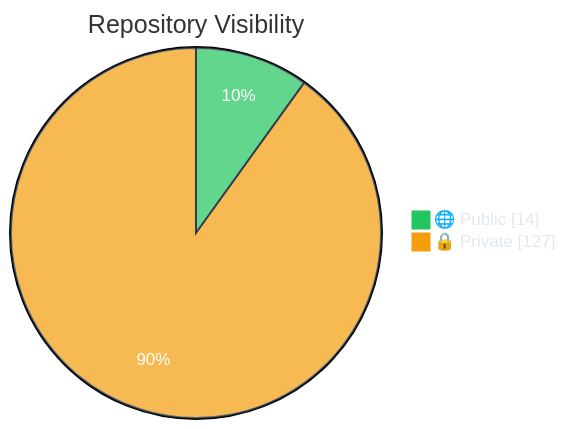
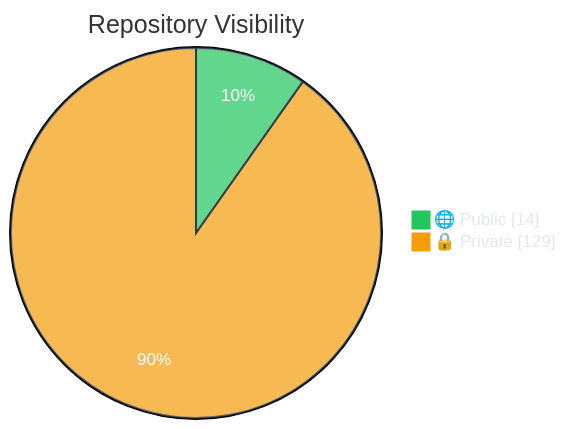
The first of 7 diagrams in README.md (polo-nyan/polo-nyan), drawn with Mermaid before and after one commit. The commit also changed other lines of this file and 1 other file, not shown here.

````diff
--- a/README.md
+++ b/README.md
@@ -83,7 +83,7 @@
 ```mermaid
 %%{init: {"theme": "base", "themeVariables": { "pie1": "#22c55e", "pie2": "#f59e0b", "pie3": "#3b82f6", "pie4": "#ec4899", "pieTextColor": "#ffffff", "pieLegendTextColor": "#e2e8f0", "pieSectionTextColor": "#ffffff", "pieStrokeColor": "#1e293b" }}}%%
 pie showData
     title Repository Visibility
     "🌐 Public" : 14
-    "🔒 Private" : 127
+    "🔒 Private" : 129
 ```
````
